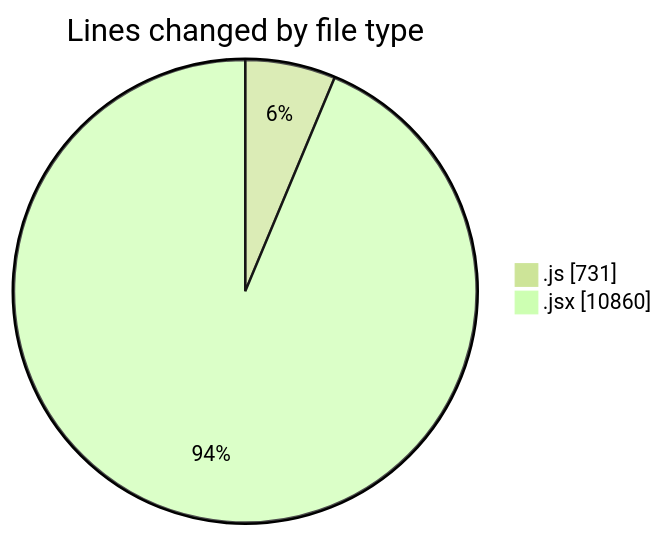
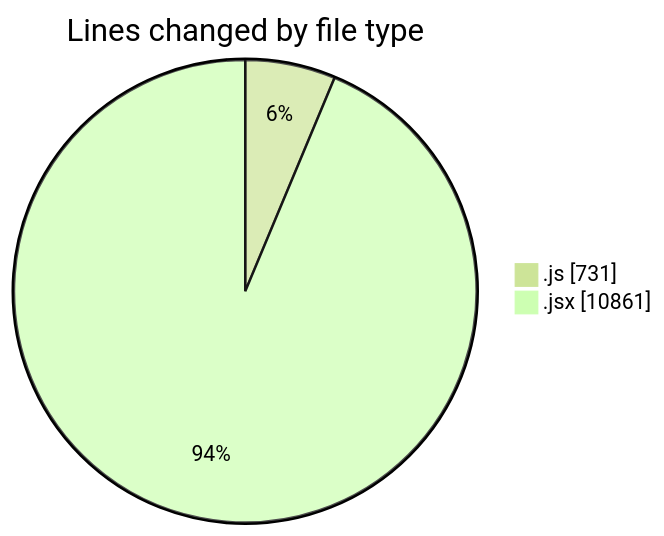
Before and after one commit to nxtqubesakshisongat/code-tracking: the first of 2 diagrams in 2025-07-28/nxtqube_webapp/README.md, drawn with Mermaid (forest theme). The commit also changed other lines of this file and 1 other file, not shown here.

````diff
--- a/2025-07-28/nxtqube_webapp/README.md
+++ b/2025-07-28/nxtqube_webapp/README.md
@@ -47,6 +47,6 @@
 ```mermaid
 pie showData
 title Lines changed by file type
 ".js" : 731
-".jsx" : 10860
+".jsx" : 10861
 ```
````
